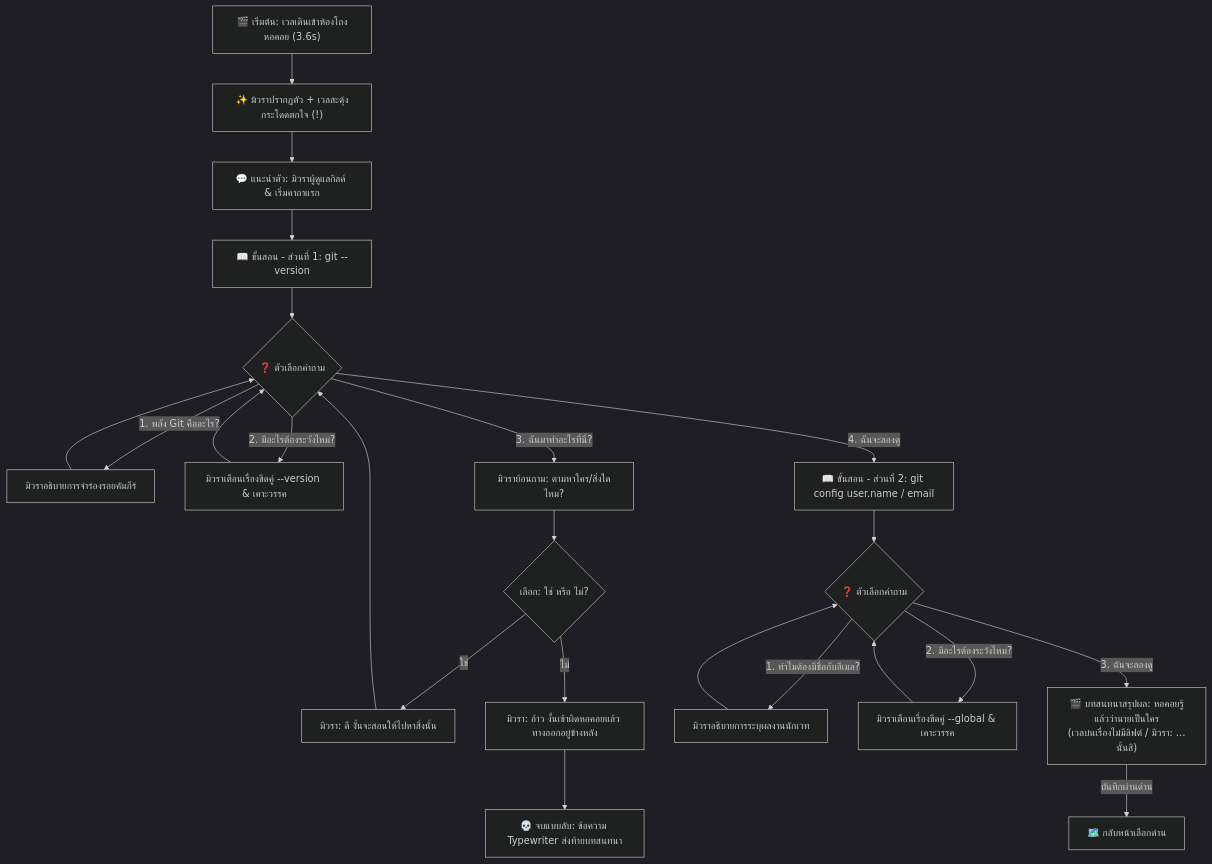
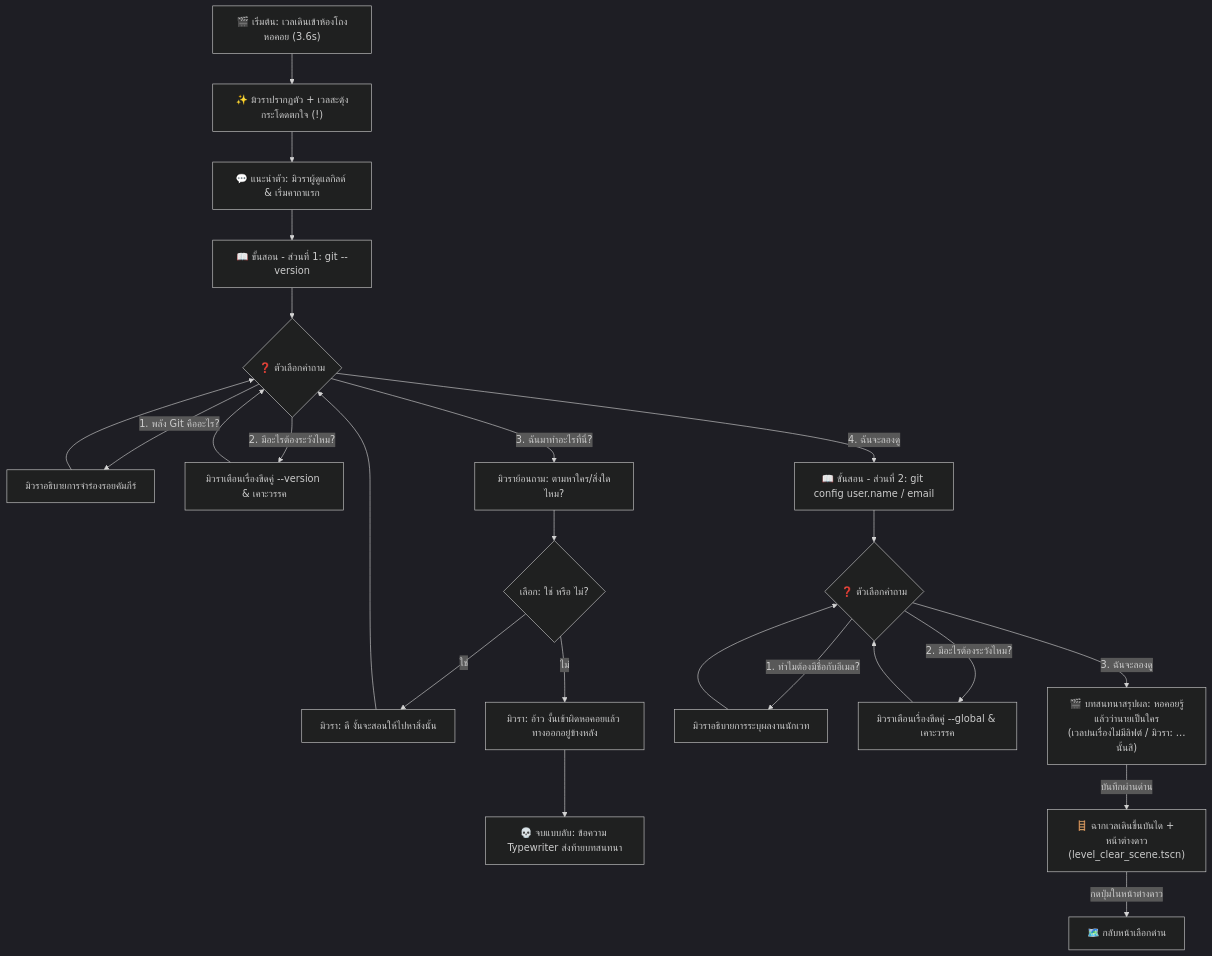
The first of 2 diagrams in docs/inside-tower-cutscene.md (PetchAuisui/Demo-Game-Git-Diwaa), drawn with Mermaid (dark theme) before and after one commit. The commit also changed other lines of this file and 1 other file, not shown here.

First line of the commit message:
fix(dialogue): เอาฉากเวลเดินขึ้นบันไดกลับมาเล่นหลังผ่านด่าน

````diff
--- a/docs/inside-tower-cutscene.md
+++ b/docs/inside-tower-cutscene.md
@@ -9,24 +9,25 @@
 ```mermaid
 flowchart TD
     Start["🎬 เริ่มต้น: เวลเดินเข้าห้องโถงหอคอย (3.6s)"] --> MewlaWarp["✨ มิวราปรากฏตัว + เวลสะดุ้งกระโดดตกใจ (!)"]
     MewlaWarp --> IntroTalk["💬 แนะนำตัว: มิวราผู้ดูแลกิลด์ & เริ่มคาถาแรก"]
     
     IntroTalk --> Teach1["📖 ขั้นสอน - ส่วนที่ 1: git --version"]
     Teach1 --> Choice1{"❓ ตัวเลือกคำถาม"}
     
     Choice1 -->|"1. พลัง Git คืออะไร?"| Ans1_1["มิวราอธิบายการจำร่องรอยคัมภีร์"] --> Choice1
     Choice1 -->|"2. มีอะไรต้องระวังไหม?"| Ans1_2["มิวราเตือนเรื่องขีดคู่ --version & เคาะวรรค"] --> Choice1
     Choice1 -->|"3. ฉันมาทำอะไรที่นี่?"| Ans1_3["มิวราย้อนถาม: ตามหาใคร/สิ่งใดไหม?"]
     Ans1_3 --> SubChoice{"เลือก: ใช่ หรือ ไม่?"}
     SubChoice -->|"ใช่"| AnsSubYes["มิวรา: ดี งั้นจะสอนให้ไปหาสิ่งนั้น"] --> Choice1
     SubChoice -->|"ไม่"| AnsSubNo["มิวรา: อ้าว งั้นเข้าผิดหอคอยแล้ว ทางออกอยู่ข้างหลัง"] --> BadEnd["💀 จบแบบลับ: ข้อความ Typewriter ส่งท้ายบทสนทนา"]
     
     Choice1 -->|"4. ฉันจะลองดู"| Teach2["📖 ขั้นสอน - ส่วนที่ 2: git config user.name / email"]
     
     Teach2 --> Choice2{"❓ ตัวเลือกคำถาม"}
     
     Choice2 -->|"1. ทำไมต้องมีชื่อกับอีเมล?"| Ans2_1["มิวราอธิบายการระบุผลงานนักเวท"] --> Choice2
     Choice2 -->|"2. มีอะไรต้องระวังไหม?"| Ans2_2["มิวราเตือนเรื่องขีดคู่ --global & เคาะวรรค"] --> Choice2
     Choice2 -->|"3. ฉันจะลองดู"| Outro["🎬 บทสนทนาสรุปผล: หอคอยรู้แล้วว่านายเป็นใคร\n(เวลบ่นเรื่องไม่มีลิฟต์ / มิวรา: …นั้นสิ)"]
-    Outro -->|"บันทึกผ่านด่าน"| LevelSelect["🗺️ กลับหน้าเลือกด่าน"]
+    Outro -->|"บันทึกผ่านด่าน"| Stairs["🪜 ฉากเวลเดินขึ้นบันได + หน้าต่างดาว\n(level_clear_scene.tscn)"]
+    Stairs -->|"กดปุ่มในหน้าต่างดาว"| LevelSelect["🗺️ กลับหน้าเลือกด่าน"]
 ```
````
